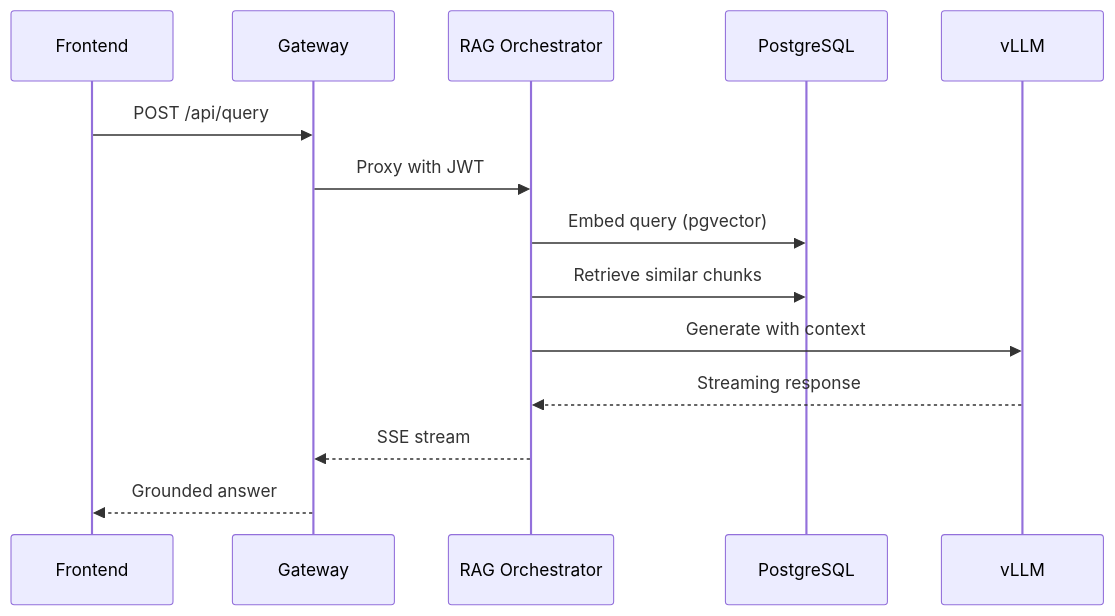
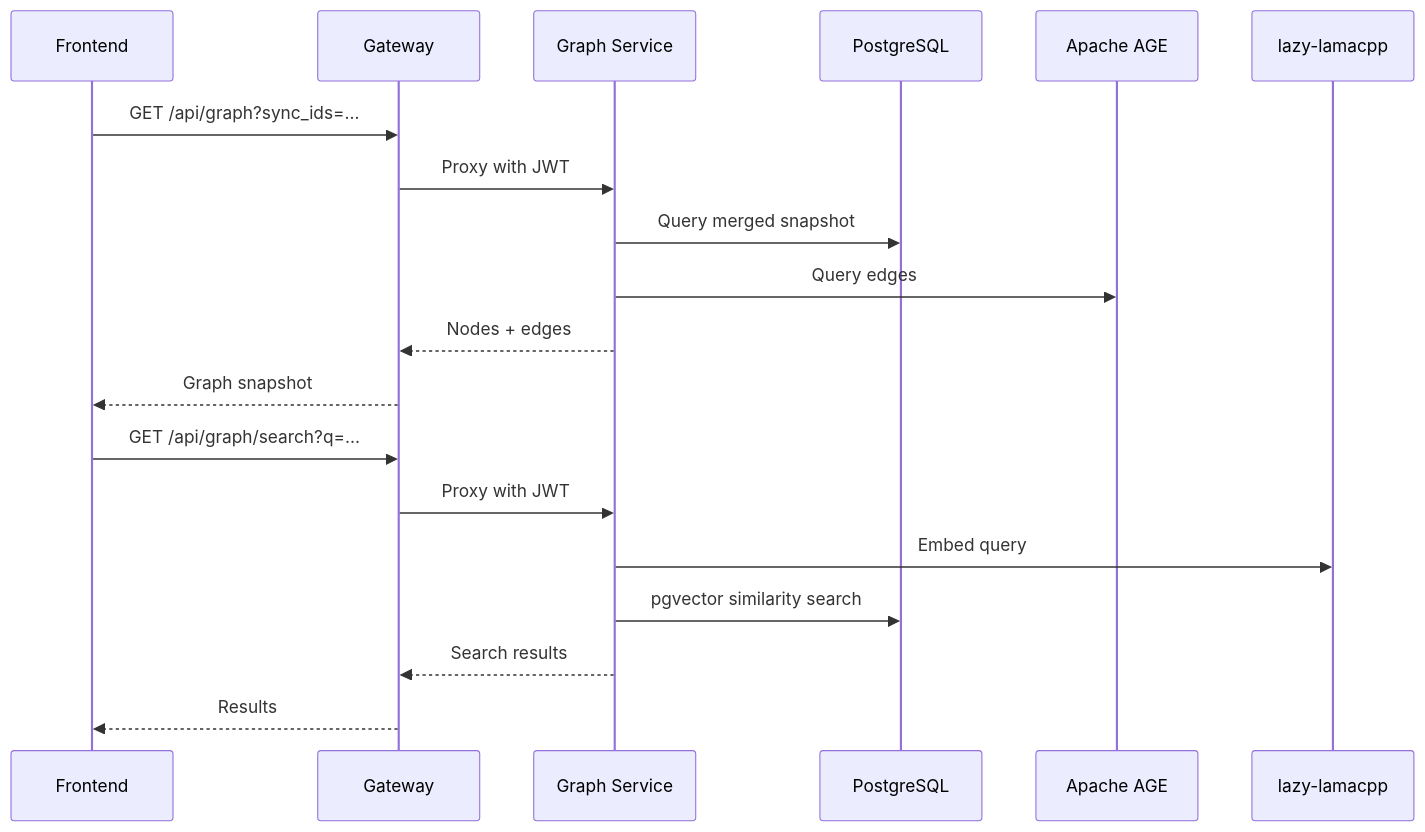
The third of 3 diagrams in docs/architecture/index.md (invariantcontinuum/substrate), drawn with Mermaid before and after one commit. The commit also changed other lines of this file and 19 other files, not shown here.

Commit message:
docs: update mkdocs structure, remove rag-orchestrator, add developer-guide nav

````diff
--- a/docs/architecture/index.md
+++ b/docs/architecture/index.md
@@ -123,17 +111,23 @@
 ```mermaid
 sequenceDiagram
     participant UI as Frontend
     participant GW as Gateway
-    participant RAG as RAG Orchestrator
+    participant GRAPH as Graph Service
     participant PG as PostgreSQL
-    participant VLLM as vLLM
+    participant AGE as Apache AGE
+    participant LLM as lazy-lamacpp
 
-    UI->>GW: POST /api/query
-    GW->>RAG: Proxy with JWT
-    RAG->>PG: Embed query (pgvector)
-    RAG->>PG: Retrieve similar chunks
-    RAG->>VLLM: Generate with context
-    VLLM-->>RAG: Streaming response
-    RAG-->>GW: SSE stream
-    GW-->>UI: Grounded answer
+    UI->>GW: GET /api/graph?sync_ids=...
+    GW->>GRAPH: Proxy with JWT
+    GRAPH->>PG: Query merged snapshot
+    GRAPH->>AGE: Query edges
+    GRAPH-->>GW: Nodes + edges
+    GW-->>UI: Graph snapshot
+
+    UI->>GW: GET /api/graph/search?q=...
+    GW->>GRAPH: Proxy with JWT
+    GRAPH->>LLM: Embed query
+    GRAPH->>PG: pgvector similarity search
+    GRAPH-->>GW: Search results
+    GW-->>UI: Results
 ```
````
